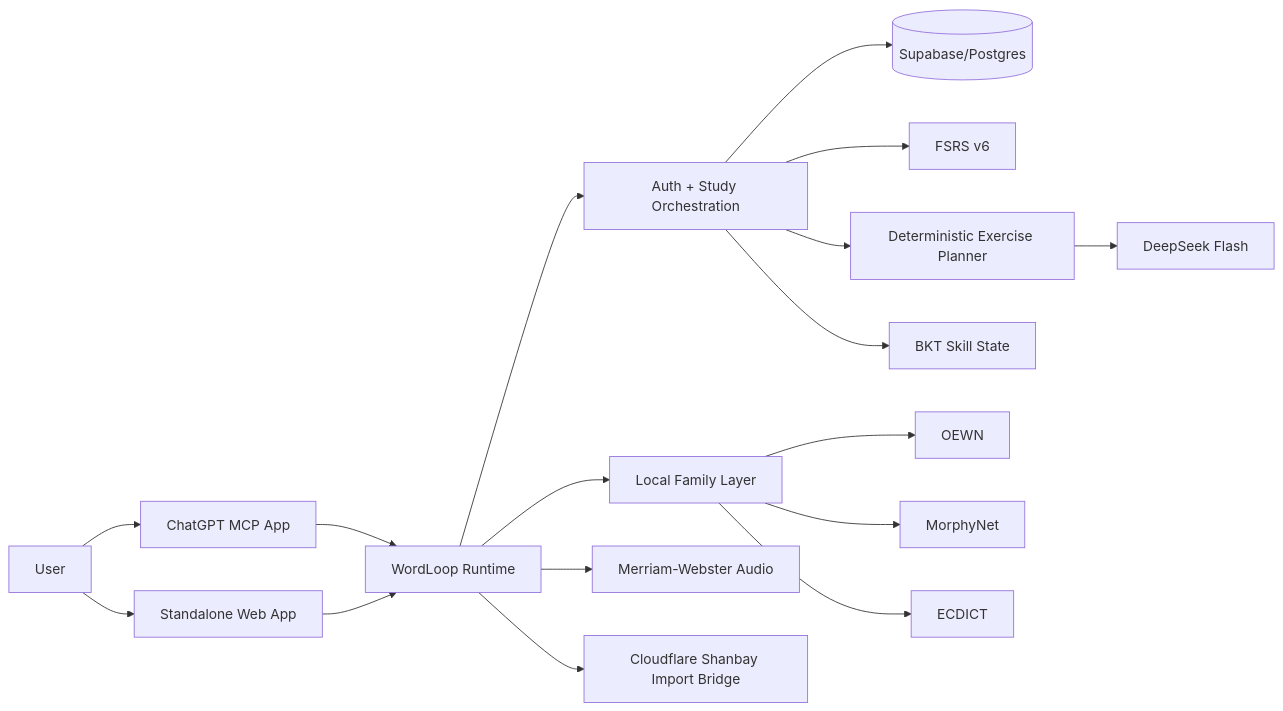
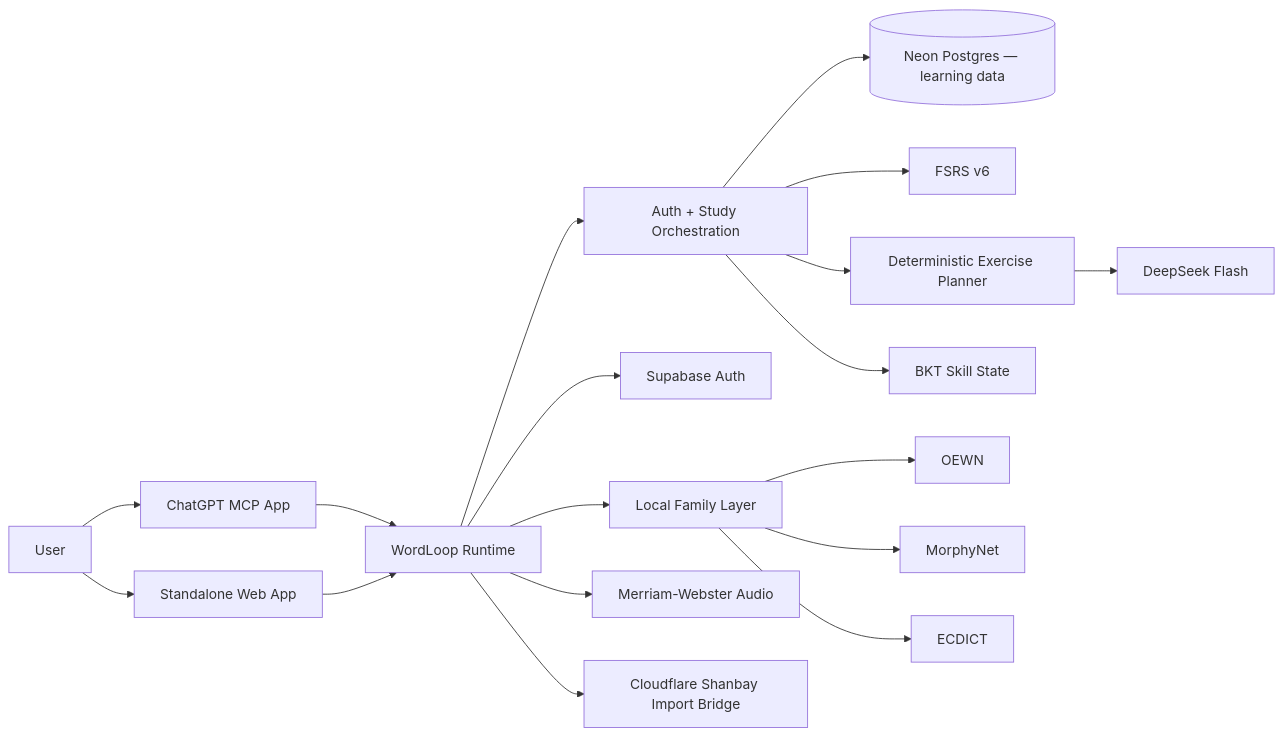
One commit to fangzh05/wordloop changed the diagram in README.md. Above: the diagram before and after it, drawn with Mermaid. The commit also changed other lines of this file and 1 other file, not shown here.

Commit message:
docs: align bilingual readmes with Neon production

```diff
--- a/README.md
+++ b/README.md
@@ -336,25 +340,26 @@
 ~~~mermaid
 flowchart LR
   U[User] --> C[ChatGPT MCP App]
   U --> W[Standalone Web App]
 
   C --> R[WordLoop Runtime]
   W --> R
 
   R --> A[Auth + Study Orchestration]
-  A --> S[(Supabase/Postgres)]
+  A --> S[(Neon Postgres — learning data)]
+  R --> AU[Supabase Auth]
 
   A --> F[FSRS v6]
   A --> P[Deterministic Exercise Planner]
   A --> B[BKT Skill State]
 
   P --> D[DeepSeek Flash]
 
   R --> G[Local Family Layer]
   G --> O[OEWN]
   G --> M[MorphyNet]
   G --> E[ECDICT]
 
   R --> MW[Merriam-Webster Audio]
   R --> SH[Cloudflare Shanbay Import Bridge]
 ~~~
```
